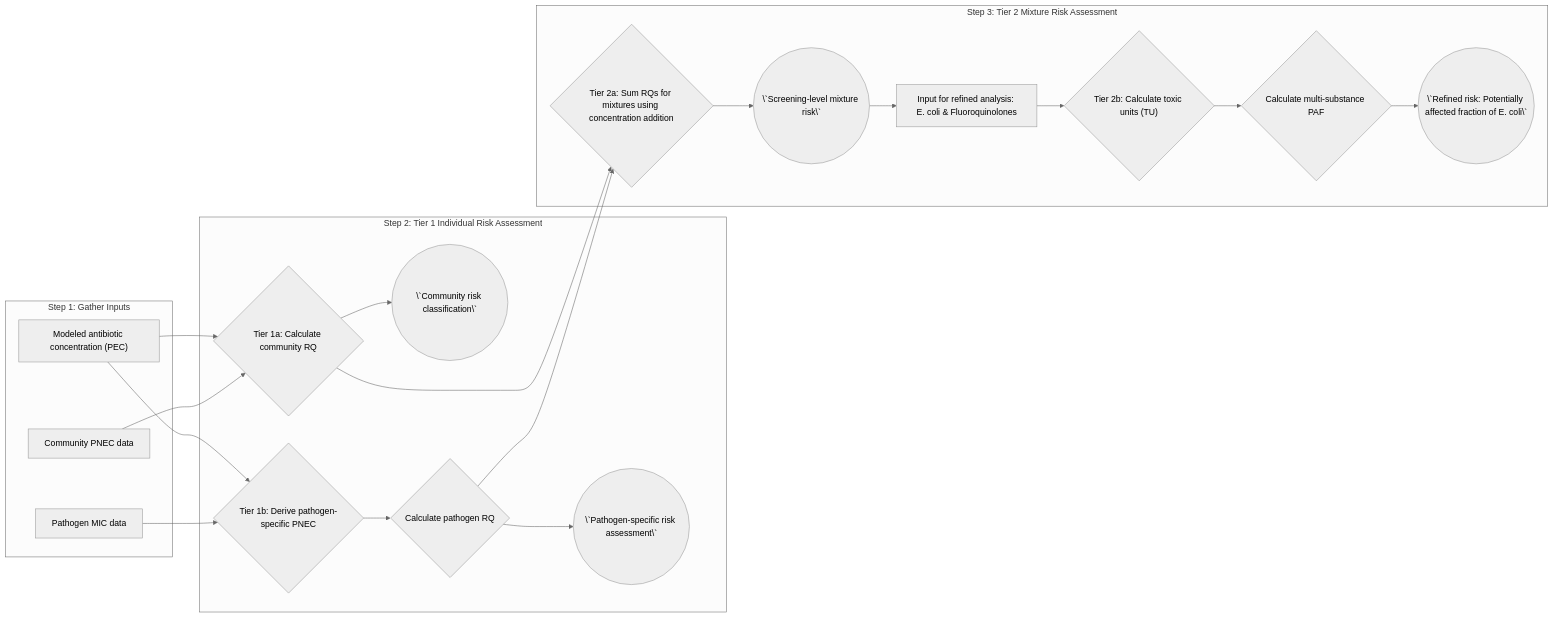
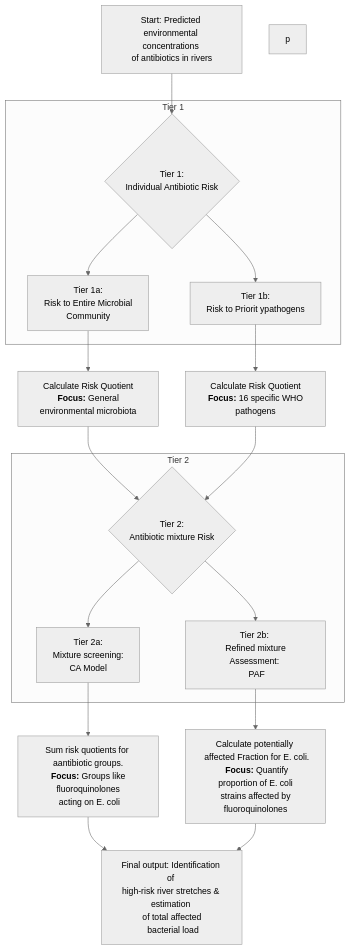
The second of 2 diagrams in README.md (microstijn/mei_abs), drawn with Mermaid (neutral theme) before and after one commit.

````diff
--- a/README.md
+++ b/README.md
@@ -57,27 +57,24 @@
 ```mermaid
-graph LR
-    subgraph Step 1: Gather Inputs
-        A["`Modeled antibiotic concentration (PEC)`"]
-        B["`Community PNEC data`"]
-        C["`Pathogen MIC data`"]
+graph TD
+    A[Start: Predicted environmental concentrations <br>of antibiotics in rivers] --> B{Tier 1:<br> Individual Antibiotic Risk};
+
+    subgraph Tier 1
+        B --> B1[Tier 1a: <br>Risk to Entire Microbial<br> Community];
+        B --> B2[Tier 1b: <br>Risk to Priorit ypathogens];
+    end
+p
+    B1 --> C1[Calculate Risk Quotient<br> <b>Focus:</b> General environmental microbiota];
+    B2 --> C2[Calculate Risk Quotient<br> <b>Focus:</b> 16 specific WHO pathogens];
+
+    C1 & C2 --> D{Tier 2: <br> Antibiotic mixture Risk};
+
+    subgraph Tier 2
+        D --> D1[Tier 2a: <br> Mixture screening: <br> CA Model];
+        D --> D2[Tier 2b: <br> Refined mixture Assessment: <br> PAF];
     end
 
-    subgraph Step 2: Tier 1 Individual Risk Assessment
-        A & B --> T1a_Calc{"`Tier 1a: Calculate community RQ`"}
-        T1a_Calc --> T1a_Out(("\`Community risk classification\`"))
+    D1 --> E1[Sum risk quotients for <br> aantibiotic groups. <br> <b>Focus:</b> Groups like fluoroquinolones<br> acting on E. coli];
+    D2 --> E2[Calculate potentially <br> affected Fraction for E. coli.<br>  <b>Focus:</b> Quantify proportion of E. coli<br> strains affected by <br>fluoroquinolones];
 
-        A & C --> T1b_PNEC{"`Tier 1b: Derive pathogen-specific PNEC`"</pre>}
-        T1b_PNEC --> T1b_Calc{"`Calculate pathogen RQ`"}
-        T1b_Calc --> T1b_Out(("\`Pathogen-specific risk assessment\`"))
-    end
-
-    subgraph Step 3: Tier 2 Mixture Risk Assessment
-        T1a_Calc & T1b_Calc --> T2a_Calc{"`Tier 2a: Sum RQs for mixtures using concentration addition`"}
-        T2a_Calc --> T2a_Out(("\`Screening-level mixture risk\`"))
-        
-        T2a_Out --> T2b_Input["`Input for refined analysis: E. coli & Fluoroquinolones`"]
-        T2b_Input --> T2b_TU{"`Tier 2b: Calculate toxic units (TU)`"}
-        T2b_TU --> T2b_PAF{"`Calculate multi-substance PAF`"}
-        T2b_PAF --> T2b_Out(("\`Refined risk: Potentially affected fraction of E. coli\`"))
-    end
+    E1 & E2 --> F[Final output: Identification of <br>high-risk river stretches & estimation <br> of total affected <br> bacterial load];
 ```
````
